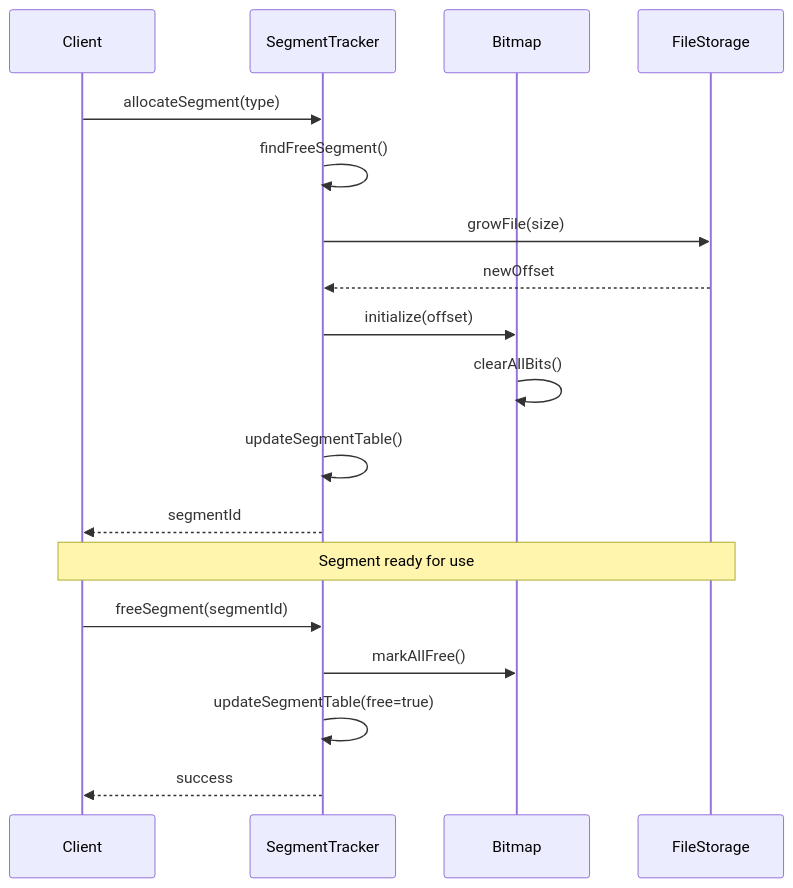
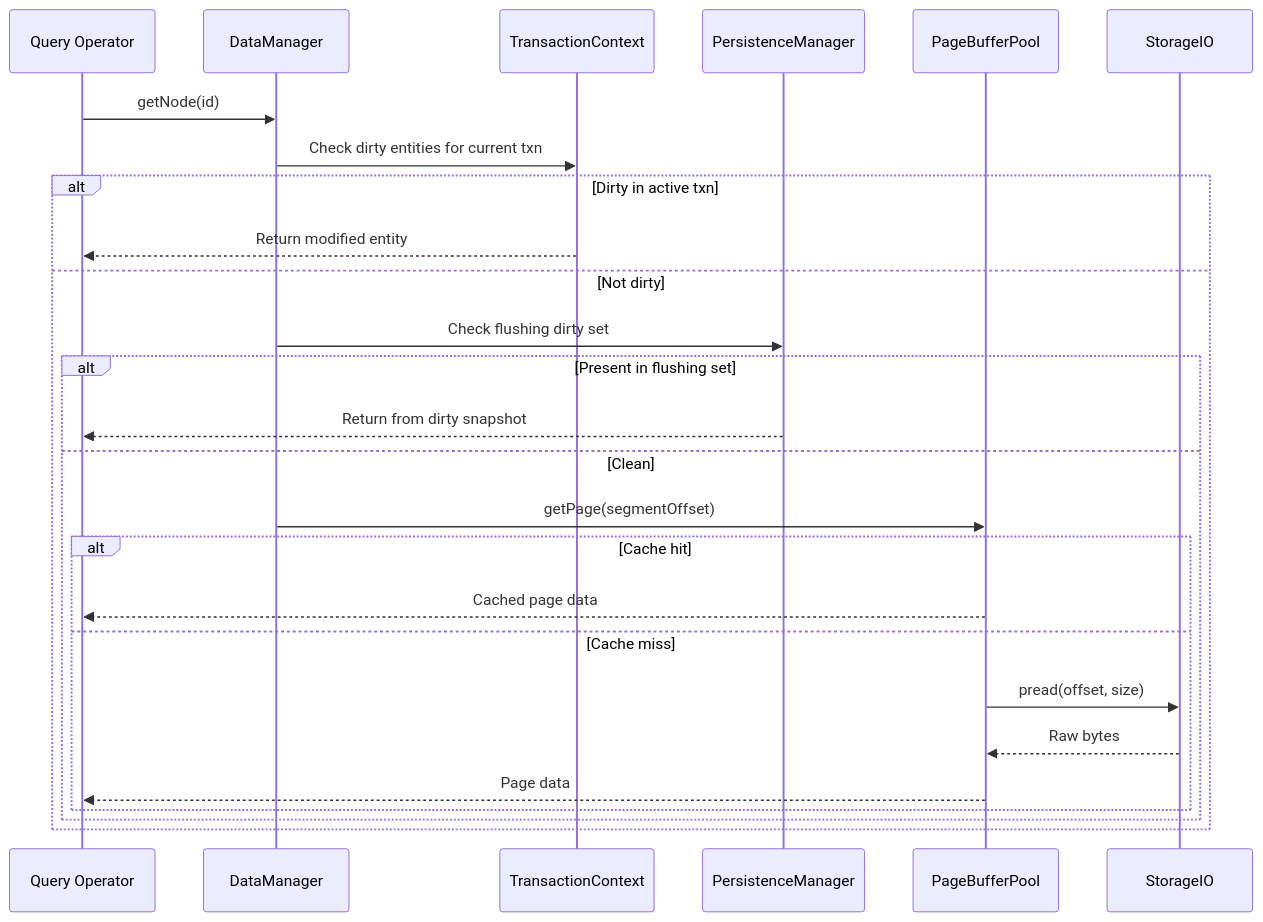
One commit to nexepic/zyx changed the second of 4 diagrams in docs/apps/docs/content/docs/en/zyx/architecture/storage.mdx. Above: the diagram before and after it, drawn with Mermaid. The commit also changed other lines of this file and 73 other files, not shown here.

````diff
--- a/docs/apps/docs/content/docs/en/zyx/architecture/storage.mdx
+++ b/docs/apps/docs/content/docs/en/zyx/architecture/storage.mdx
@@ -204,25 +96,29 @@
 ```mermaid
 sequenceDiagram
-    participant Client
-    participant ST as SegmentTracker
-    participant BM as Bitmap
-    participant FS as FileStorage
+    participant OP as Query Operator
+    participant DM as DataManager
+    participant TX as TransactionContext
+    participant PM as PersistenceManager
+    participant PB as PageBufferPool
+    participant SIO as StorageIO
 
-    Client->>ST: allocateSegment(type)
-    ST->>ST: findFreeSegment()
-    ST->>FS: growFile(size)
-    FS-->>ST: newOffset
-
-    ST->>BM: initialize(offset)
-    BM->>BM: clearAllBits()
-
-    ST->>ST: updateSegmentTable()
-    ST-->>Client: segmentId
-
-    Note over Client,FS: Segment ready for use
-
-    Client->>ST: freeSegment(segmentId)
-    ST->>BM: markAllFree()
-    ST->>ST: updateSegmentTable(free=true)
-    ST-->>Client: success
+    OP->>DM: getNode(id)
+    DM->>TX: Check dirty entities for current txn
+    alt Dirty in active txn
+        TX-->>OP: Return modified entity
+    else Not dirty
+        DM->>PM: Check flushing dirty set
+        alt Present in flushing set
+            PM-->>OP: Return from dirty snapshot
+        else Clean
+            DM->>PB: getPage(segmentOffset)
+            alt Cache hit
+                PB-->>OP: Cached page data
+            else Cache miss
+                PB->>SIO: pread(offset, size)
+                SIO-->>PB: Raw bytes
+                PB-->>OP: Page data
+            end
+        end
+    end
 ```
````
